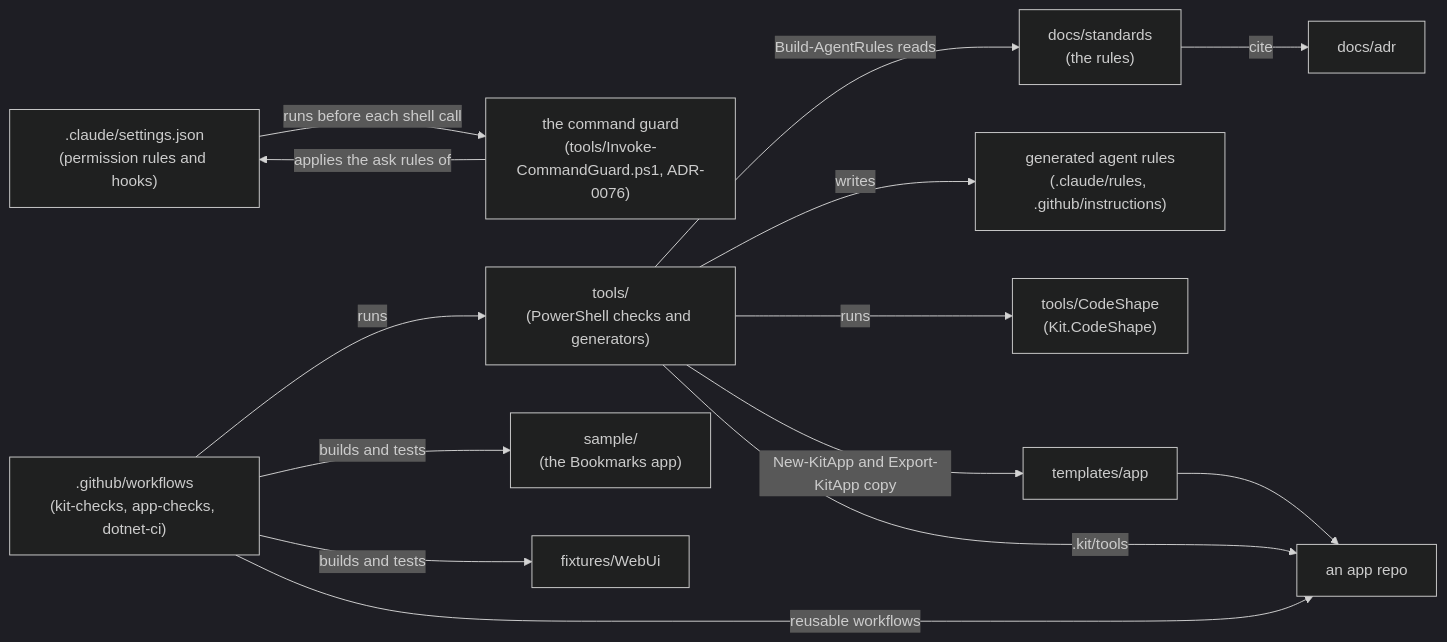
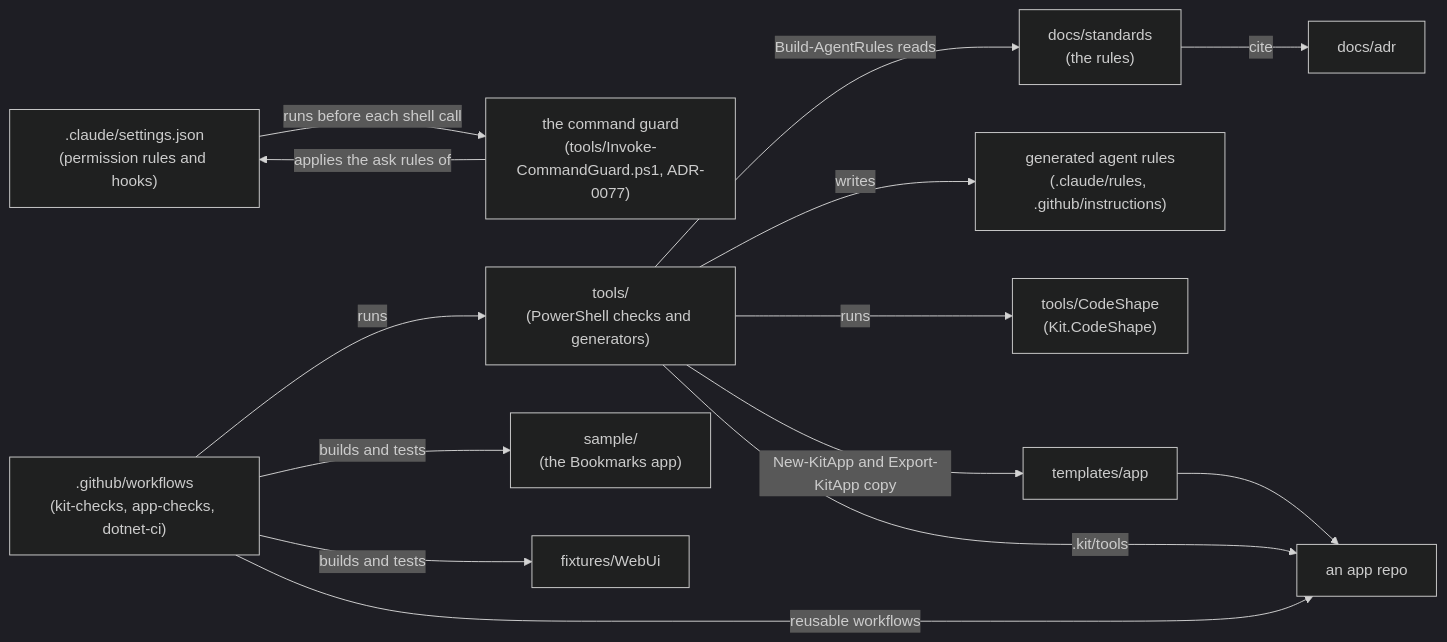
One commit to DerekFoulk/dotnet-agent-kit changed the first of 2 diagrams in docs/architecture/modules.md. Above: the diagram before and after it, drawn with Mermaid (dark theme). The commit also changed 14 other files, not shown here.

Commit message:
docs: the command guard's ADR is ADR-0077, since main's ADR-0076 is the threading analyzers

````diff
--- a/docs/architecture/modules.md
+++ b/docs/architecture/modules.md
@@ -7,29 +7,29 @@
 ```mermaid
 flowchart LR
     standards["docs/standards<br/>(the rules)"]
     adr["docs/adr"]
     rules["generated agent rules<br/>(.claude/rules, .github/instructions)"]
     tools["tools/<br/>(PowerShell checks and generators)"]
     codeshape["tools/CodeShape<br/>(Kit.CodeShape)"]
     settings[".claude/settings.json<br/>(permission rules and hooks)"]
-    guard["the command guard<br/>(tools/Invoke-CommandGuard.ps1, ADR-0076)"]
+    guard["the command guard<br/>(tools/Invoke-CommandGuard.ps1, ADR-0077)"]
     ci[".github/workflows<br/>(kit-checks, app-checks, dotnet-ci)"]
     templates["templates/app"]
     sample["sample/<br/>(the Bookmarks app)"]
     webui["fixtures/WebUi"]
     apps["an app repo"]
 
     standards -->|cite| adr
     tools -->|Build-AgentRules reads| standards
     tools -->|writes| rules
     tools -->|runs| codeshape
     settings -->|runs before each shell call| guard
     guard -->|applies the ask rules of| settings
     ci -->|runs| tools
     ci -->|builds and tests| sample
     ci -->|builds and tests| webui
     tools -->|New-KitApp and Export-KitApp copy| templates
     templates --> apps
     tools -->|.kit/tools| apps
     ci -->|reusable workflows| apps
 ```
````
